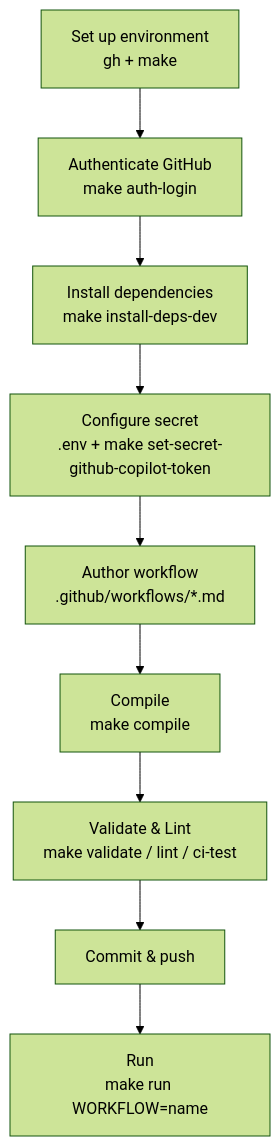
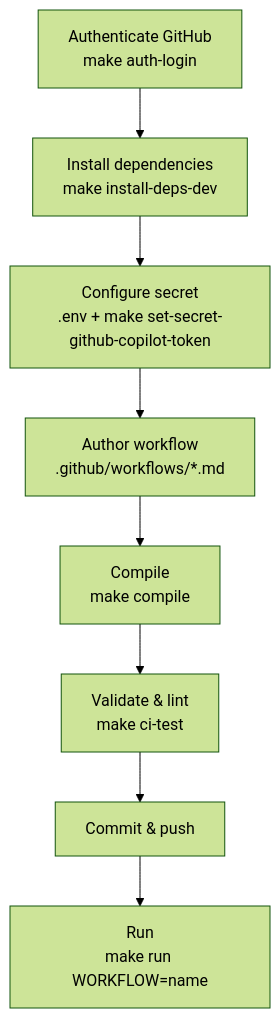
Before and after one commit to ks6088ts-labs/template-github-agentic-workflows: the diagram in docs/getting-started.md, drawn with Mermaid (forest theme). The commit also changed other lines of this file and 2 other files, not shown here.

````diff
--- a/docs/getting-started.md
+++ b/docs/getting-started.md
@@ -12,11 +9,10 @@
 ```mermaid
 flowchart TD
-    A[Set up environment<br/>gh + make] --> B[Authenticate GitHub<br/>make auth-login]
-    B --> C[Install dependencies<br/>make install-deps-dev]
+    B[Authenticate GitHub<br/>make auth-login] --> C[Install dependencies<br/>make install-deps-dev]
     C --> D[Configure secret<br/>.env + make set-secret-github-copilot-token]
     D --> E[Author workflow<br/>.github/workflows/*.md]
     E --> F[Compile<br/>make compile]
-    F --> G[Validate & Lint<br/>make validate / lint / ci-test]
+    F --> G[Validate & lint<br/>make ci-test]
     G --> H[Commit & push]
     H --> I[Run<br/>make run WORKFLOW=name]
 ```
````
